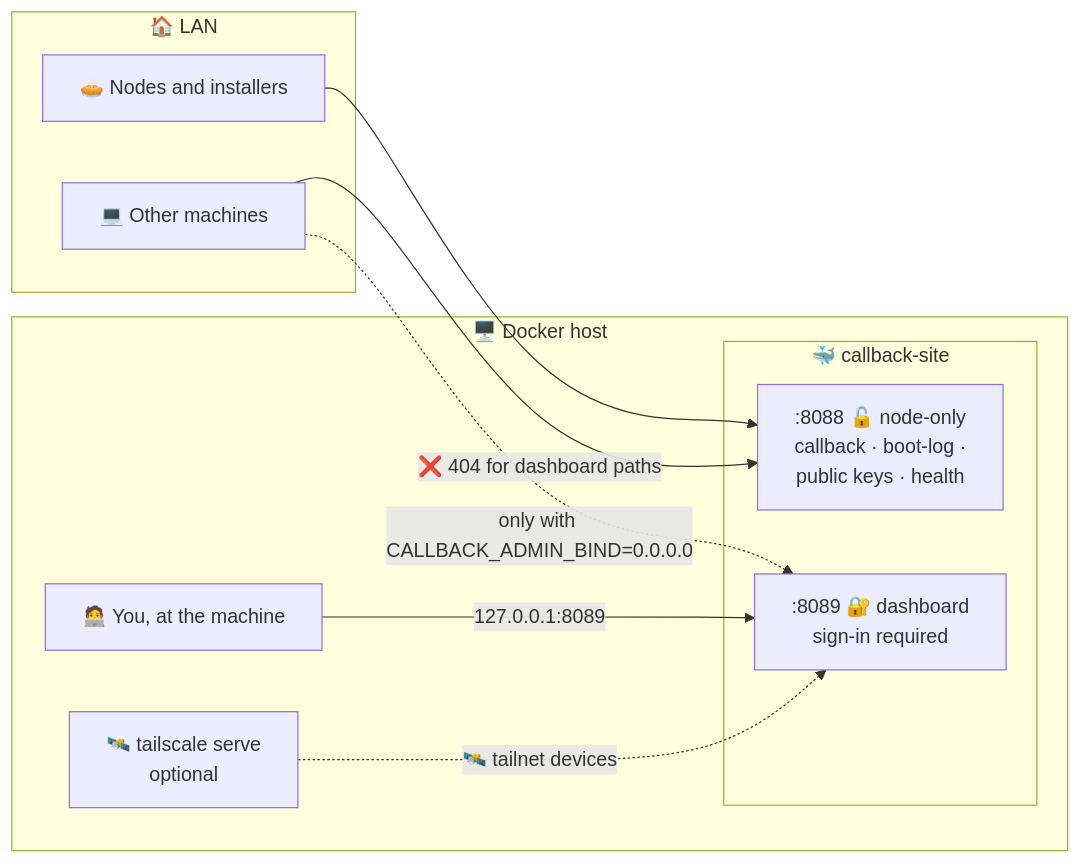
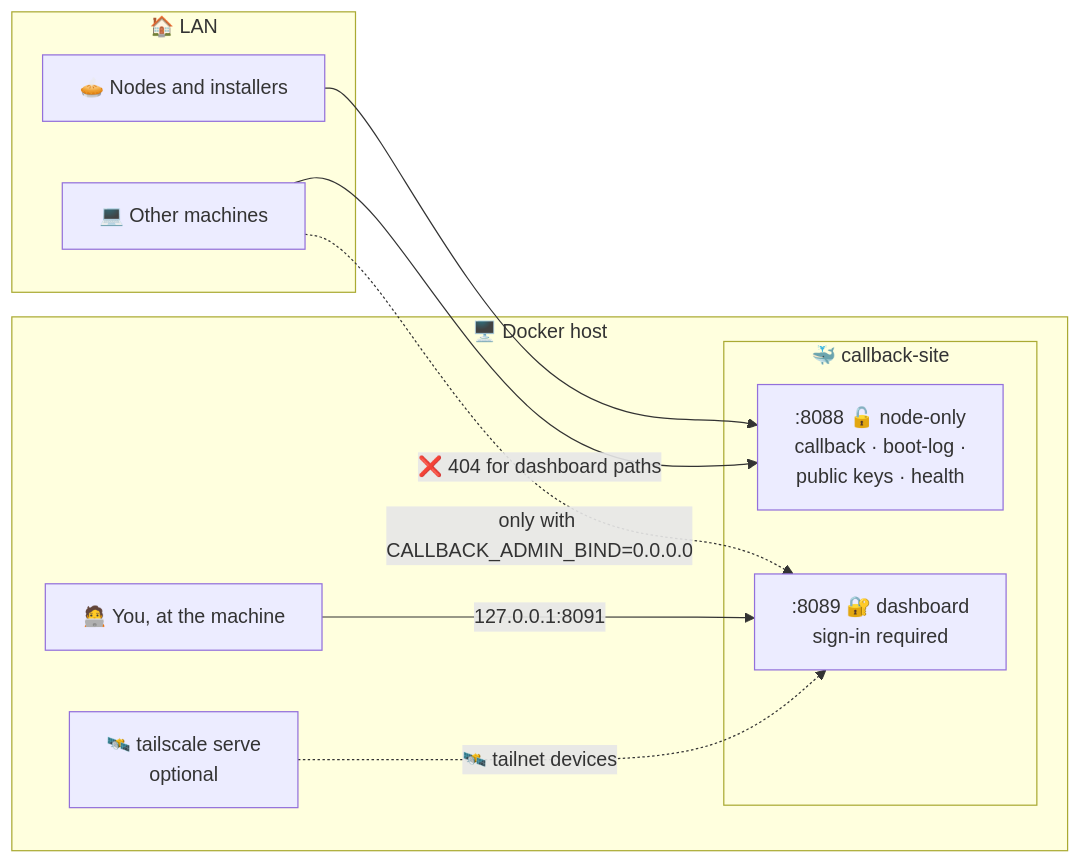
The second of 29 diagrams in callback_site/README.md (MeVsTheVoices/Playbook), drawn with Mermaid before and after one commit. The commit also changed other lines of this file and 18 other files, not shown here.

````diff
--- a/callback_site/README.md
+++ b/callback_site/README.md
@@ -247,20 +247,20 @@
 ```mermaid
 flowchart LR
   subgraph lan["🏠 LAN"]
     nodes["🥧 Nodes and installers"]
     other["💻 Other machines"]
   end
   subgraph host["🖥️ Docker host"]
     you["🧑‍💻 You, at the machine"]
     ts["🛰️ tailscale serve<br/>optional"]
     subgraph ctr["🐳 callback-site"]
       node[":8088 🔓 node-only<br/>callback · boot-log ·<br/>public keys · health"]
       admin[":8089 🔐 dashboard<br/>sign-in required"]
     end
   end
   nodes --> node
   other -- "❌ 404 for dashboard paths" --> node
-  you -- "127.0.0.1:8089" --> admin
+  you -- "127.0.0.1:8091" --> admin
   other -. "only with CALLBACK_ADMIN_BIND=0.0.0.0" .-> admin
   ts -. "🛰️ tailnet devices" .-> admin
 ```
````
